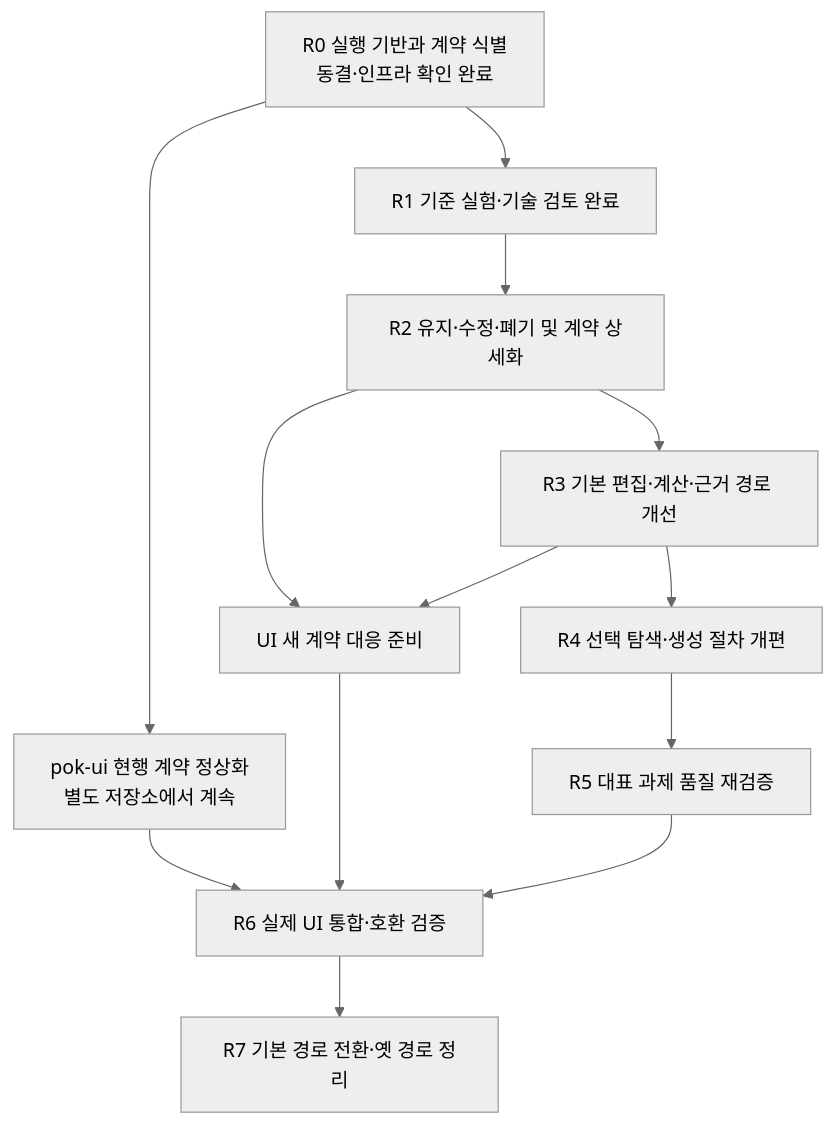
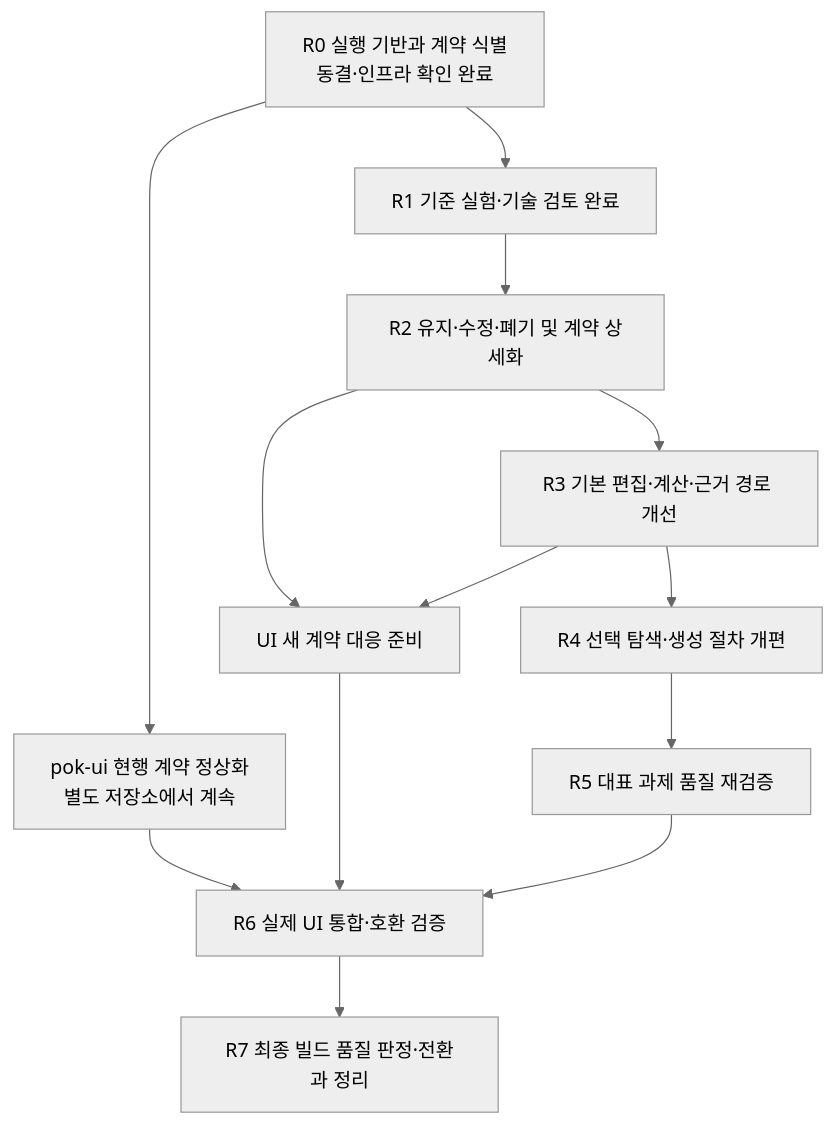
The diagram in docs/ROADMAP.md (skerfolg/poe2-ai-wiki), drawn with Mermaid (neutral theme) before and after one commit. The commit also changed other lines of this file and 48 other files, not shown here.

````diff
--- a/docs/ROADMAP.md
+++ b/docs/ROADMAP.md
@@ -39,15 +39,15 @@
 ```mermaid
 flowchart TD
   R0[R0 실행 기반과 계약 식별<br/>동결·인프라 확인 완료] --> R1[R1 기준 실험·기술 검토 완료]
   R1 --> R2[R2 유지·수정·폐기 및 계약 상세화]
   R2 --> R3[R3 기본 편집·계산·근거 경로 개선]
   R3 --> R4[R4 선택 탐색·생성 절차 개편]
   R0 --> U0[pok-ui 현행 계약 정상화<br/>별도 저장소에서 계속]
   R2 --> U1[UI 새 계약 대응 준비]
   R3 --> U1
   R4 --> R5[R5 대표 과제 품질 재검증]
   U0 --> R6[R6 실제 UI 통합·호환 검증]
   U1 --> R6
   R5 --> R6
-  R6 --> R7[R7 기본 경로 전환·옛 경로 정리]
+  R6 --> R7[R7 최종 빌드 품질 판정·전환과 정리]
 ```
````
